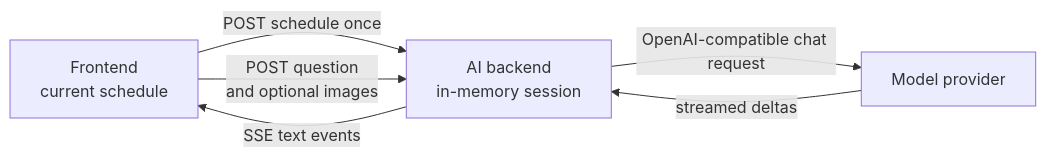
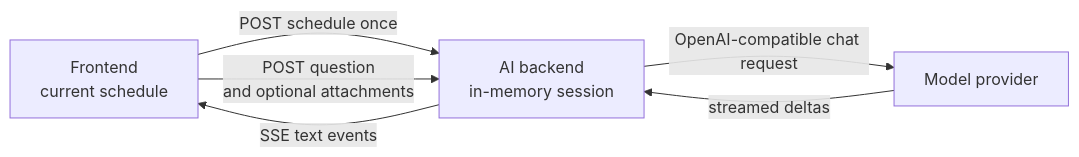
One commit to j3soon/nurse-scheduling changed the diagram in docs/ai-assistant.md. Above: the diagram before and after it, drawn with Mermaid. The commit also changed other lines of this file and 12 other files, not shown here.

````diff
--- a/docs/ai-assistant.md
+++ b/docs/ai-assistant.md
@@ -41,8 +42,8 @@
 ```mermaid
 flowchart LR
     Browser[Frontend<br/>current schedule] -->|POST schedule once| Session[AI backend<br/>in-memory session]
-    Browser -->|POST question<br/>and optional images| Session
+    Browser -->|POST question<br/>and optional attachments| Session
     Session -->|OpenAI-compatible chat request| Provider[Model provider]
     Provider -->|streamed deltas| Session
     Session -->|SSE text events| Browser
 ```
````
